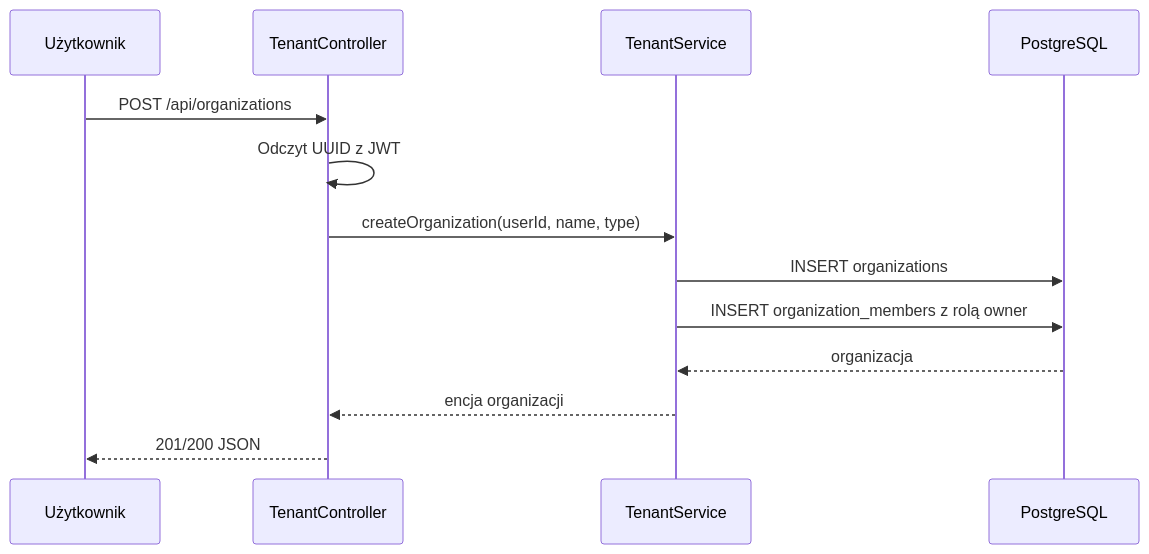
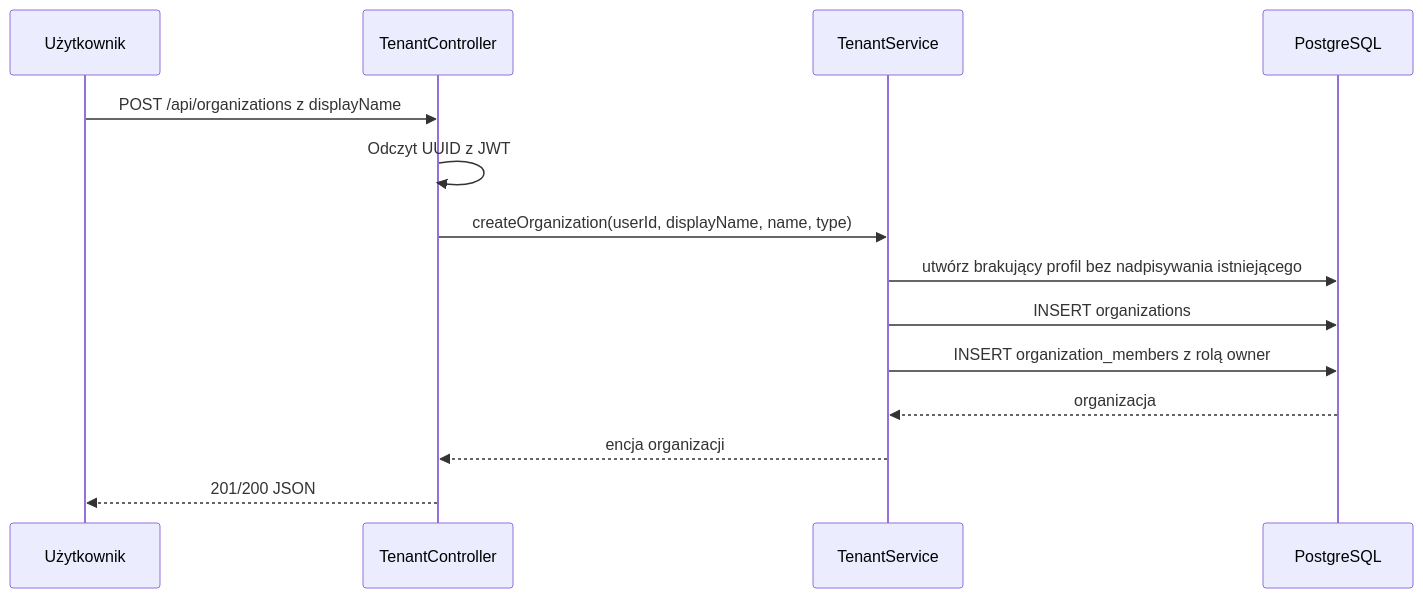
Before and after one commit to Okropniak/platform-core: the second of 6 diagrams in docs/platform-core-implementation-guide.md, drawn with Mermaid. The commit also changed other lines of this file and 15 other files, not shown here.

````diff
--- a/docs/platform-core-implementation-guide.md
+++ b/docs/platform-core-implementation-guide.md
@@ -117,16 +132,17 @@
 ```mermaid
 sequenceDiagram
     participant U as Użytkownik
     participant C as TenantController
     participant S as TenantService
     participant DB as PostgreSQL
 
-    U->>C: POST /api/organizations
+    U->>C: POST /api/organizations z displayName
     C->>C: Odczyt UUID z JWT
-    C->>S: createOrganization(userId, name, type)
+    C->>S: createOrganization(userId, displayName, name, type)
+    S->>DB: utwórz brakujący profil bez nadpisywania istniejącego
     S->>DB: INSERT organizations
     S->>DB: INSERT organization_members z rolą owner
     DB-->>S: organizacja
     S-->>C: encja organizacji
     C-->>U: 201/200 JSON
 ```
````
